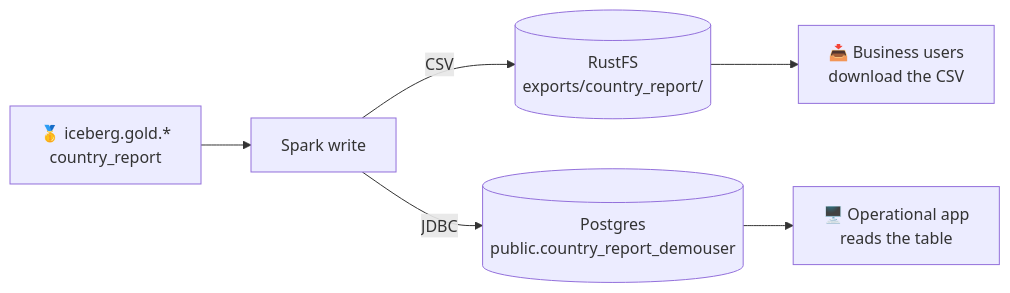
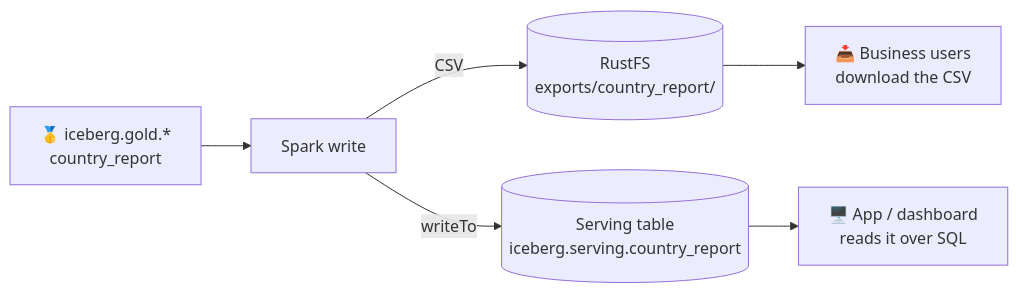
Before and after one commit to maarthala/databrick-local-simulator: the diagram in training/docs/recipes/reverse-etl.md, drawn with Mermaid. The commit also changed other lines of this file and 6 other files, not shown here.

````diff
--- a/training/docs/recipes/reverse-etl.md
+++ b/training/docs/recipes/reverse-etl.md
@@ -13,8 +14,8 @@
 ```mermaid
 flowchart LR
   G["🥇 iceberg.gold.*<br/>country_report"] --> RE[Spark write]
   RE -->|CSV| S3[(RustFS<br/>exports/country_report/)]
-  RE -->|JDBC| PG[(Postgres<br/>public.country_report_demouser)]
+  RE -->|writeTo| ST[(Serving table<br/>iceberg.serving.country_report)]
   S3 --> BU[📥 Business users<br/>download the CSV]
-  PG --> APP[🖥️ Operational app<br/>reads the table]
+  ST --> APP[🖥️ App / dashboard<br/>reads it over SQL]
 ```
````
